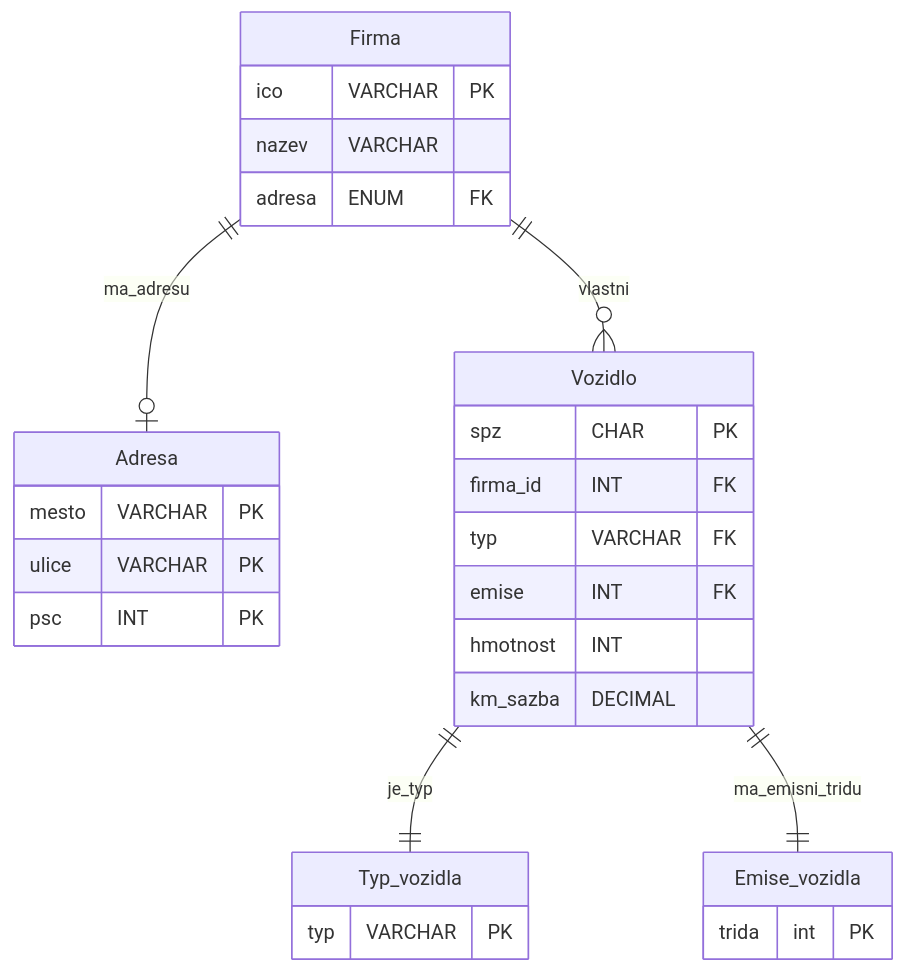
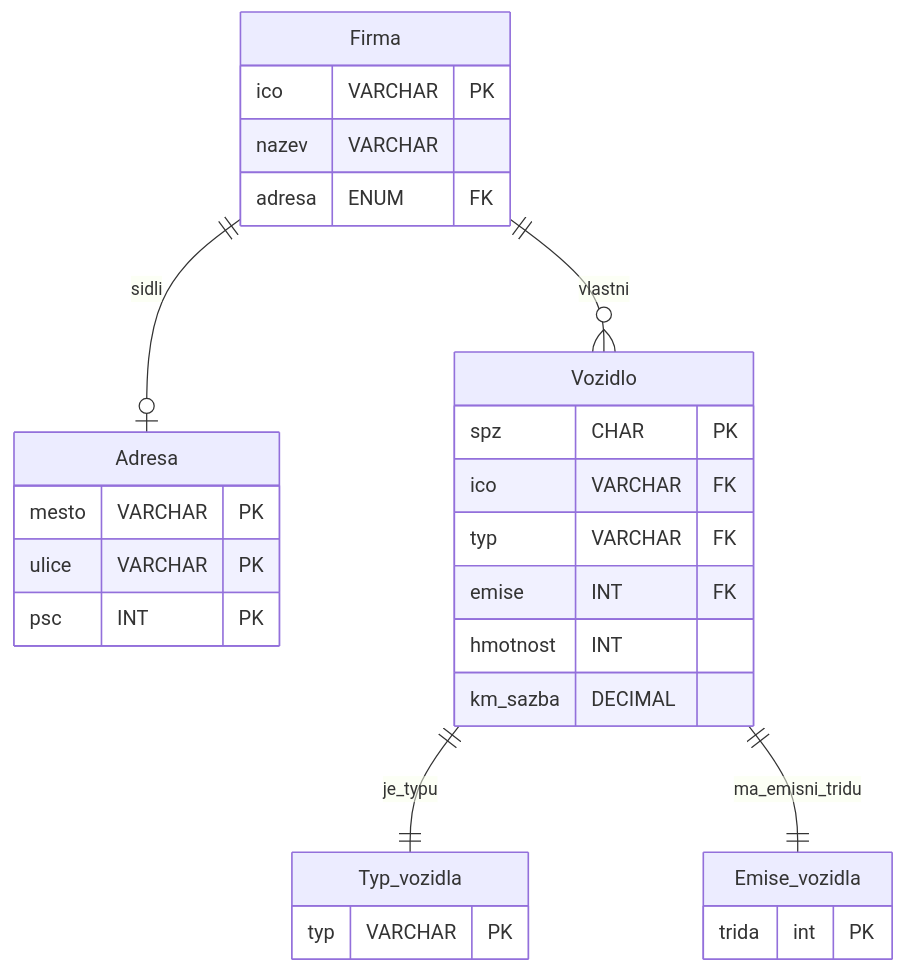
The diagram in Zadání semestrální práce.md (TUL-IT-2020/RDB-Rizeni_databazi), drawn with Mermaid before and after one commit. The commit also changed 1 other file, not shown here.

Commit message:
Aktualizace pivovaru

````diff
--- a/Zadání semestrální práce.md
+++ b/Zadání semestrální práce.md
@@ -68,37 +68,37 @@
 ```mermaid
 erDiagram
 
 Firma {
   ico VARCHAR PK
   nazev VARCHAR
   adresa ENUM FK
 }
 
 Adresa {
   mesto VARCHAR PK
   ulice VARCHAR PK
   psc INT PK
 }
 
 Vozidlo {
   spz CHAR PK
-  firma_id INT FK
+  ico VARCHAR FK
   typ VARCHAR FK
   emise INT FK
   hmotnost INT
   km_sazba DECIMAL
 }
 
 Typ_vozidla {
   typ VARCHAR PK
 }
 
 Emise_vozidla {
   trida int PK
 }
 
 Firma ||--o{ Vozidlo : vlastni
-Firma ||--o| Adresa : ma_adresu
-Vozidlo ||--|| Typ_vozidla : je_typ
+Firma ||--o| Adresa : sidli
+Vozidlo ||--|| Typ_vozidla : je_typu
 Vozidlo ||--|| Emise_vozidla : ma_emisni_tridu
 ```
````
